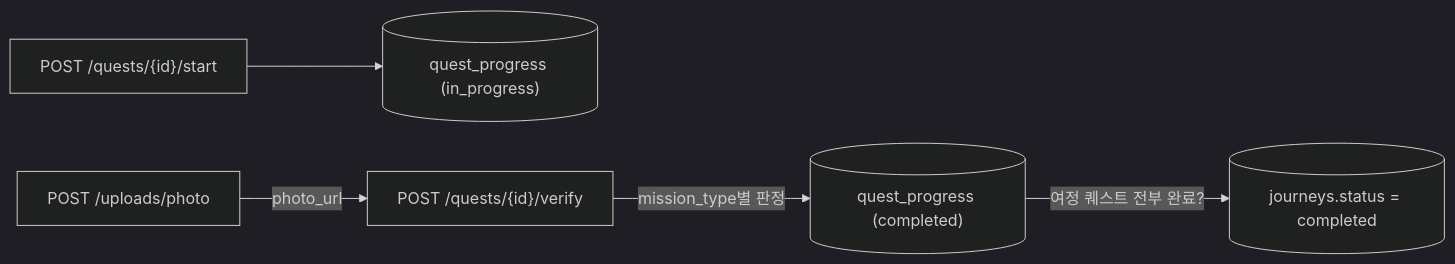
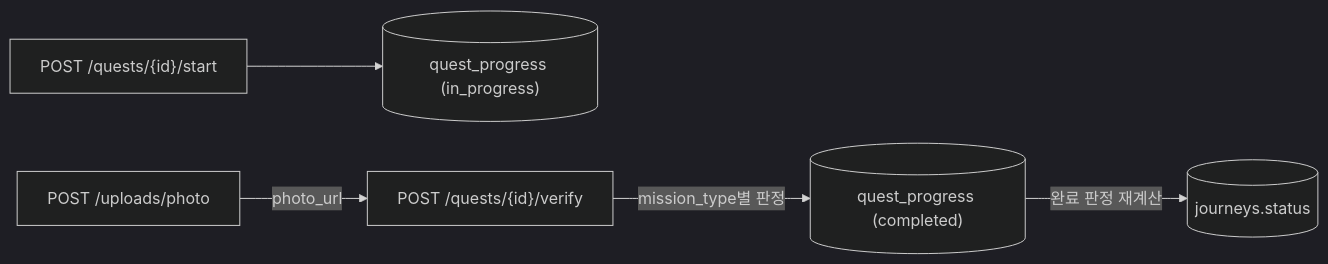
The second of 3 diagrams in docs/specs/010-journey/description.md (Rainbow-Developer/ColorTrip), drawn with Mermaid (dark theme) before and after one commit. The commit also changed other lines of this file and 20 other files, not shown here.

````diff
--- a/docs/specs/010-journey/description.md
+++ b/docs/specs/010-journey/description.md
@@ -33,7 +34,7 @@
 ```mermaid
 flowchart LR
     S["POST /quests/{id}/start"] --> P[("quest_progress (in_progress)")]
     U["POST /uploads/photo"] -->|photo_url| V
     V["POST /quests/{id}/verify"] -->|"mission_type별 판정"| P2[("quest_progress (completed)")]
-    P2 -->|"여정 퀘스트 전부 완료?"| J[("journeys.status = completed")]
+    P2 -->|"완료 판정 재계산"| J[("journeys.status")]
 ```
````
